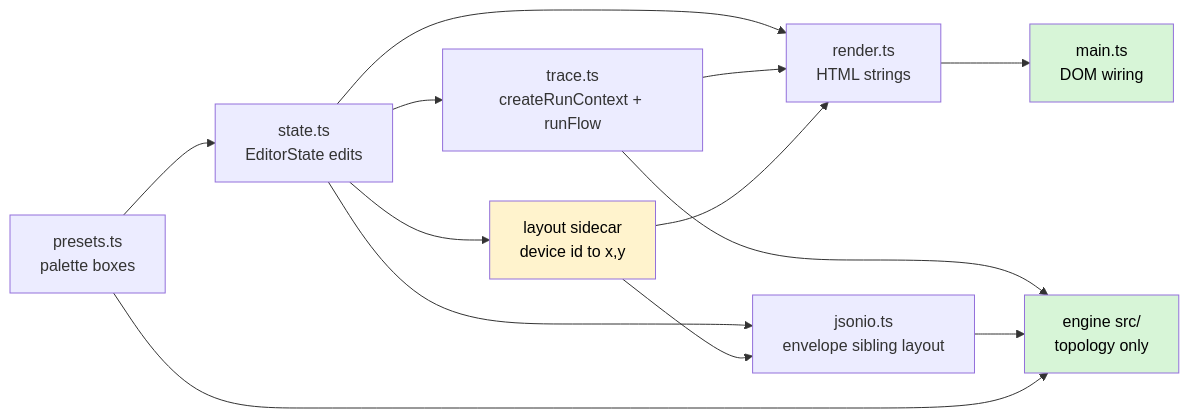
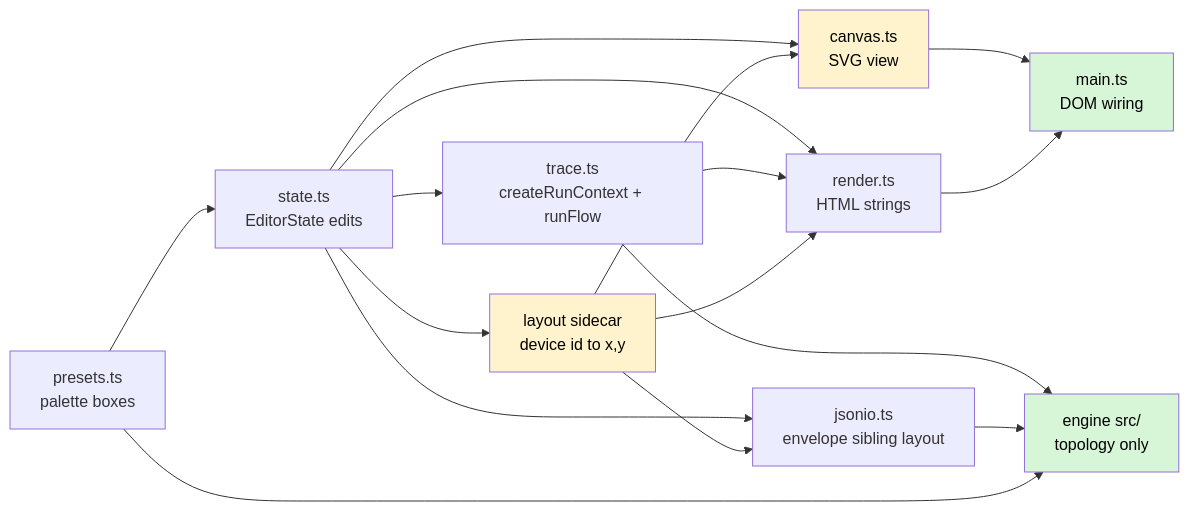
The third of 4 diagrams in docs/architecture.md (alanfong93/network-sandbox), drawn with Mermaid before and after one commit. The commit also changed other lines of this file and 6 other files, not shown here.

First line of the commit message:
feat: SVG canvas view of topology boxes, ports, cables (#105) (#111)

````diff
--- a/docs/architecture.md
+++ b/docs/architecture.md
@@ -180,18 +181,22 @@
 ```mermaid
 flowchart LR
     P[presets.ts<br>palette boxes] --> S[state.ts<br>EditorState edits]
     S --> R[render.ts<br>HTML strings]
+    S --> CV[canvas.ts<br>SVG view]
     S --> T[trace.ts<br>createRunContext + runFlow]
     T --> R
+    LY --> CV
+    CV --> M[main.ts<br>DOM wiring]
     S --> J[jsonio.ts<br>envelope sibling layout]
     S --> LY[layout sidecar<br>device id to x,y]
     LY --> J
     LY --> R
     R --> M[main.ts<br>DOM wiring]
     T --> E[engine src/<br>topology only]
     J --> E
     P --> E
     style E fill:#d7f5d7,color:#000
     style M fill:#d7f5d7,color:#000
     style LY fill:#fff3cd,color:#000
+    style CV fill:#fff3cd,color:#000
 ```
````
